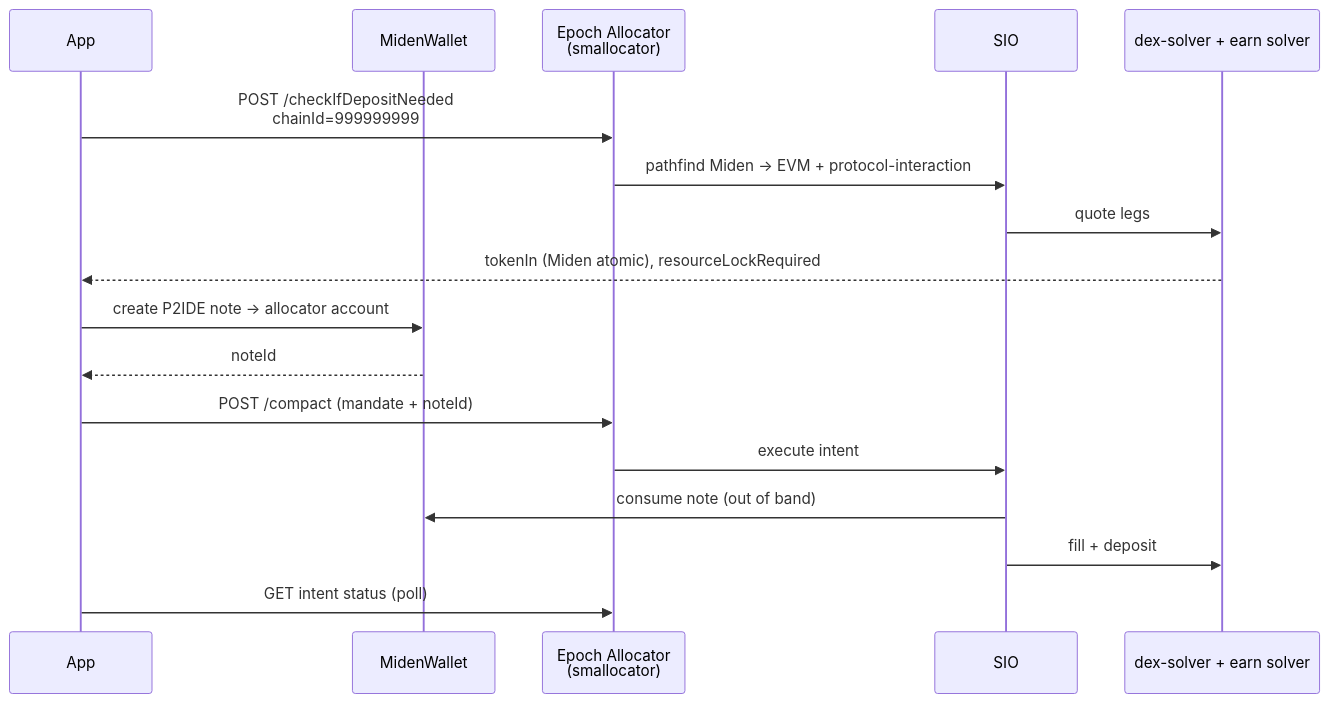
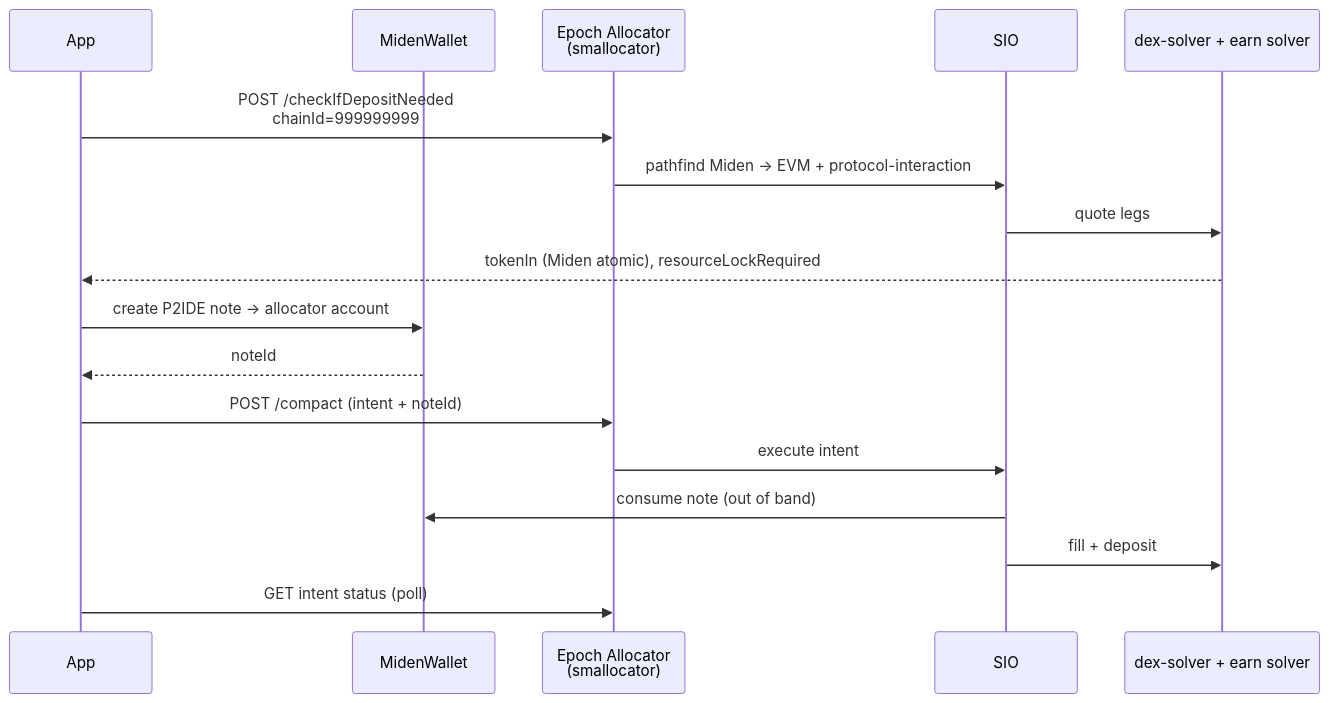
One commit to epochprotocol/docs-new changed the diagram in integration-guides/miden-lending.md. Above: the diagram before and after it, drawn with Mermaid. The commit also changed other lines of this file and 5 other files, not shown here.

First line of the commit message:
docs: replace mandate with intent/intentData in user-facing copy

````diff
--- a/integration-guides/miden-lending.md
+++ b/integration-guides/miden-lending.md
@@ -24,21 +24,21 @@
 ```mermaid
 sequenceDiagram
   participant App
   participant MidenWallet
   participant Allocator as Epoch Allocator<br/>(smallocator)
   participant SIO
   participant Solver as dex-solver + earn solver
 
   App->>Allocator: POST /checkIfDepositNeeded<br/>chainId=999999999
   Allocator->>SIO: pathfind Miden → EVM + protocol-interaction
   SIO->>Solver: quote legs
   Solver-->>App: tokenIn (Miden atomic), resourceLockRequired
 
   App->>MidenWallet: create P2IDE note → allocator account
   MidenWallet-->>App: noteId
-  App->>Allocator: POST /compact (mandate + noteId)
+  App->>Allocator: POST /compact (intent + noteId)
   Allocator->>SIO: execute intent
   SIO->>MidenWallet: consume note (out of band)
   SIO->>Solver: fill + deposit
   App->>Allocator: GET intent status (poll)
 ```
````
